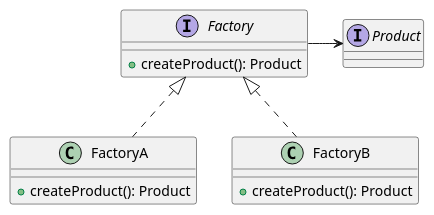
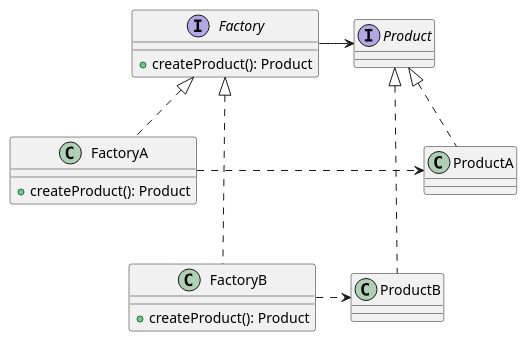
The diagram in Design/Design Patterns/Creational Patterns/Factory Method.md (mengxianbin/cs-notes), drawn with PlantUML before and after one commit. The commit also changed 11 other files, not shown here.

````diff
--- a/Design/Design Patterns/Creational Patterns/Factory Method.md
+++ b/Design/Design Patterns/Creational Patterns/Factory Method.md
@@ -1,25 +1,39 @@
 ```puml
 @startuml
 
 interface Factory {
     + createProduct(): Product
 }
 
 interface Product {
 
 }
 
+class ProductA {
+
+}
+
+class ProductB {
+    
+}
+
+ProductA ..up|> Product
+ProductB ...up|> Product
+
 class FactoryA {
     + createProduct(): Product
 }
 
 class FactoryB {
     + createProduct(): Product
 }
 
 Factory -> Product
 Factory <|.. FactoryA
-Factory <|.. FactoryB
+Factory <|... FactoryB
+
+FactoryA .> ProductA
+FactoryB .> ProductB
 
 @enduml
 ```
````
